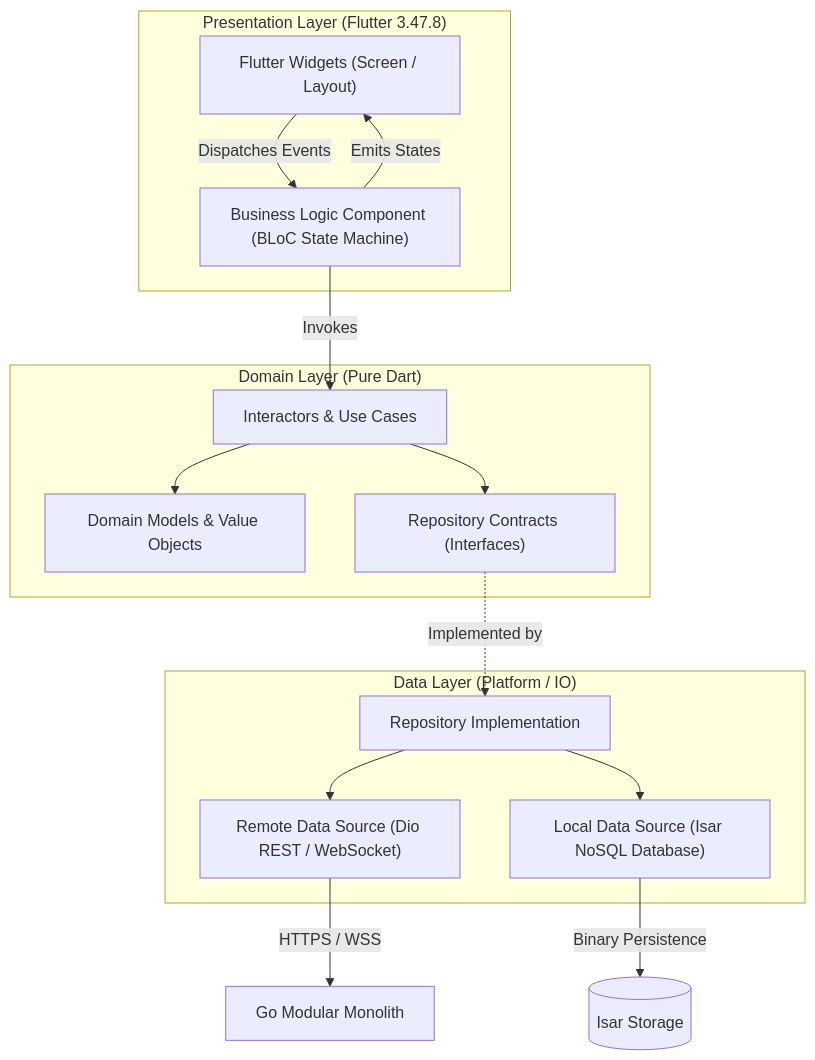
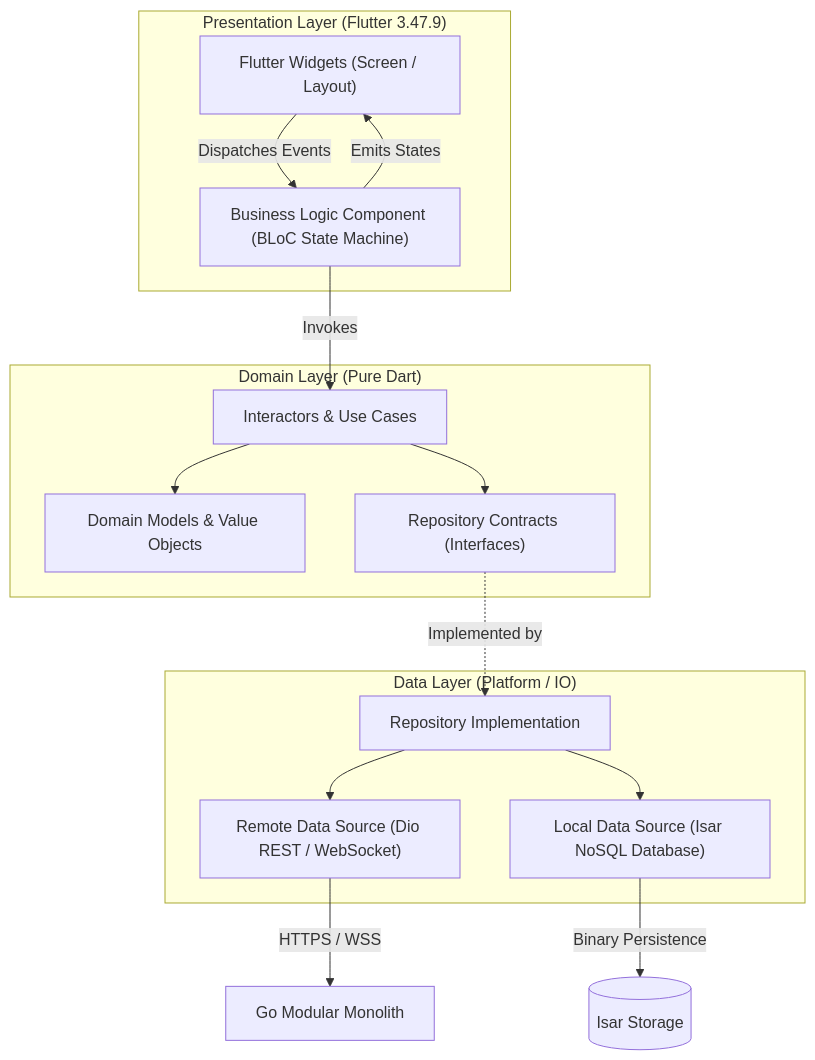
Before and after one commit to YDink/Heavy-Machinery-Logistics-Rental: the fourth of 8 diagrams in docs/source/Architecture_Design_Document.md, drawn with Mermaid. The commit also changed other lines of this file and 183 other files, not shown here.

````diff
--- a/docs/source/Architecture_Design_Document.md
+++ b/docs/source/Architecture_Design_Document.md
@@ -292,30 +292,30 @@
 ```mermaid
 flowchart TD
-    subgraph PresentationTier["Presentation Layer (Flutter 3.47.8)"]
+    subgraph PresentationTier["Presentation Layer (Flutter 3.47.9)"]
         UI["Flutter Widgets (Screen / Layout)"]
         BLoC["Business Logic Component (BLoC State Machine)"]
         UI -->|Dispatches Events| BLoC
         BLoC -->|Emits States| UI
     end
 
     subgraph DomainTier["Domain Layer (Pure Dart)"]
         UseCase["Interactors & Use Cases"]
         Entity["Domain Models & Value Objects"]
         RepoInterface["Repository Contracts (Interfaces)"]
         BLoC -->|Invokes| UseCase
         UseCase --> Entity
         UseCase --> RepoInterface
     end
 
     subgraph DataTier["Data Layer (Platform / IO)"]
         RepoImpl["Repository Implementation"]
         RemoteDS["Remote Data Source (Dio REST / WebSocket)"]
         LocalDS["Local Data Source (Isar NoSQL Database)"]
         RepoInterface -.->|Implemented by| RepoImpl
         RepoImpl --> RemoteDS
         RepoImpl --> LocalDS
     end
 
     RemoteDS -->|HTTPS / WSS| Backend[Go Modular Monolith]
     LocalDS -->|Binary Persistence| OfflineDB[(Isar Storage)]
 ```
````
